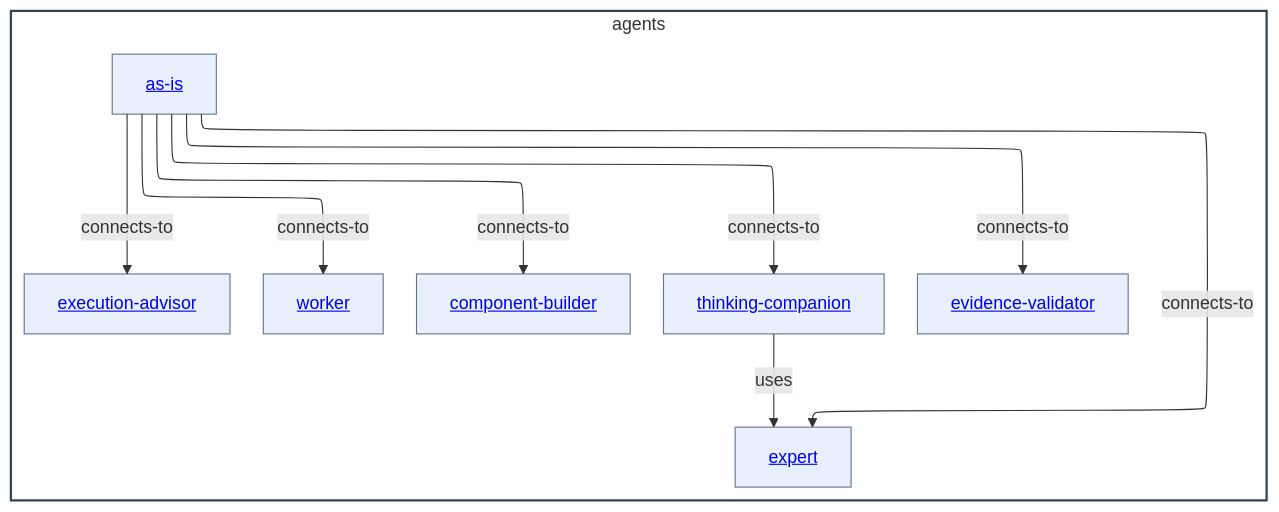
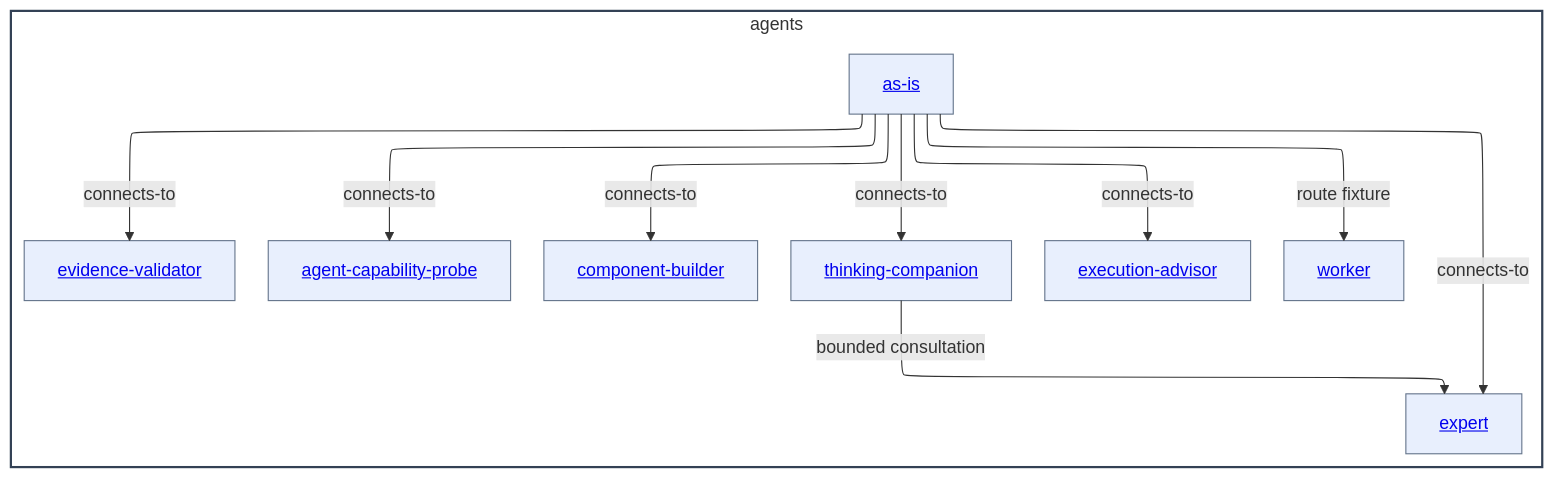
The diagram in agents/as-is.md (abstract-business-systems/as-is), drawn with Mermaid before and after one commit. The commit also changed other lines of this file and 35 other files, not shown here.

````diff
--- a/agents/as-is.md
+++ b/agents/as-is.md
@@ -28,30 +28,32 @@
 ```mermaid
 ---
 config:
   layout: elk
 ---
 %%{init: {"securityLevel": "loose"}}%%
 flowchart TB
     subgraph agents["agents"]
         direction TB
         AsIs["<a href='./as-is/as-is.md#design'>as-is</a>"]
         ComponentBuilder["<a href='./component-builder/as-is.md#design'>component-builder</a>"]
+        EvidenceValidator["<a href='./evidence-validator/as-is.md#design'>evidence-validator</a>"]
         ExecutionAdvisor["<a href='./execution-advisor/as-is.md#design'>execution-advisor</a>"]
-        EvidenceValidator["<a href='./evidence-validator/as-is.md#design'>evidence-validator</a>"]
         Expert["<a href='./expert/as-is.md#design'>expert</a>"]
         ThinkingCompanion["<a href='./thinking-companion/as-is.md#design'>thinking-companion</a>"]
+        CapabilityProbe["<a href='./agent-capability-probe/as-is.md#design'>agent-capability-probe</a>"]
         Worker["<a href='./worker/as-is.md#design'>worker</a>"]
 
         AsIs -->|connects-to| ComponentBuilder
+        AsIs -->|connects-to| EvidenceValidator
         AsIs -->|connects-to| ExecutionAdvisor
-        AsIs -->|connects-to| EvidenceValidator
         AsIs -->|connects-to| Expert
         AsIs -->|connects-to| ThinkingCompanion
-        AsIs -->|connects-to| Worker
-        ThinkingCompanion -->|uses| Expert
+        AsIs -->|connects-to| CapabilityProbe
+        AsIs -->|route fixture| Worker
+        ThinkingCompanion -->|bounded consultation| Expert
     end
     classDef component fill:#f8fafc,fill-opacity:0.1,stroke:#334155,stroke-width:2px
     classDef child fill:#2563eb,fill-opacity:0.1,stroke:#64748b,stroke-width:1px
     class agents component
-    class AsIs,ComponentBuilder,ExecutionAdvisor,EvidenceValidator,Expert,ThinkingCompanion,Worker child
+    class AsIs,ComponentBuilder,EvidenceValidator,ExecutionAdvisor,Expert,ThinkingCompanion,CapabilityProbe,Worker child
 ```
````
